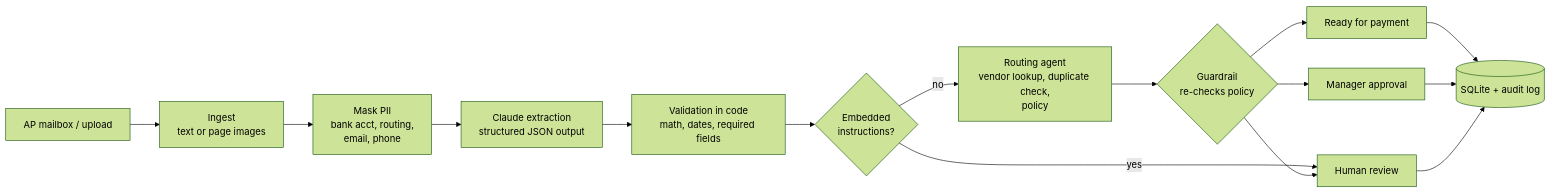
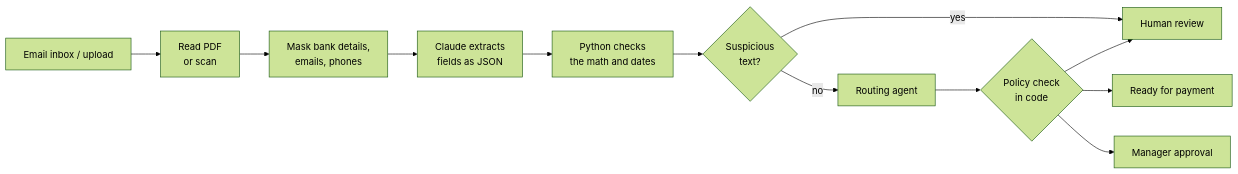
One commit to raojyothirmayee21-commits/Ai_invoice_processor changed the diagram in README.md. Above: the diagram before and after it, drawn with Mermaid (forest theme). The commit also changed other lines of this file, not shown here.

````diff
--- a/README.md
+++ b/README.md
@@ -13,15 +15,14 @@
 ```mermaid
 flowchart LR
-    A[AP mailbox / upload] --> B[Ingest<br/>text or page images]
-    B --> C[Mask PII<br/>bank acct, routing,<br/>email, phone]
-    C --> D[Claude extraction<br/>structured JSON output]
-    D --> E[Validation in code<br/>math, dates, required fields]
-    E --> F{Embedded<br/>instructions?}
+    A[Email inbox / upload] --> B[Read PDF<br/>or scan]
+    B --> C[Mask bank details,<br/>emails, phones]
+    C --> D[Claude extracts<br/>fields as JSON]
+    D --> E[Python checks<br/>the math and dates]
+    E --> F{Suspicious<br/>text?}
     F -- yes --> R[Human review]
-    F -- no --> G[Routing agent<br/>vendor lookup, duplicate check,<br/>policy]
-    G --> H{Guardrail<br/>re-checks policy}
+    F -- no --> G[Routing agent]
+    G --> H{Policy check<br/>in code}
     H --> P[Ready for payment]
     H --> M[Manager approval]
     H --> R
-    P & M & R --> DB[(SQLite + audit log)]
 ```
````
